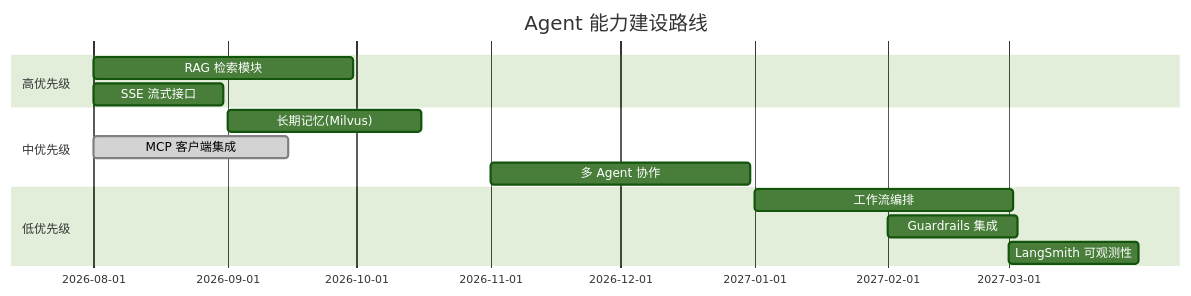
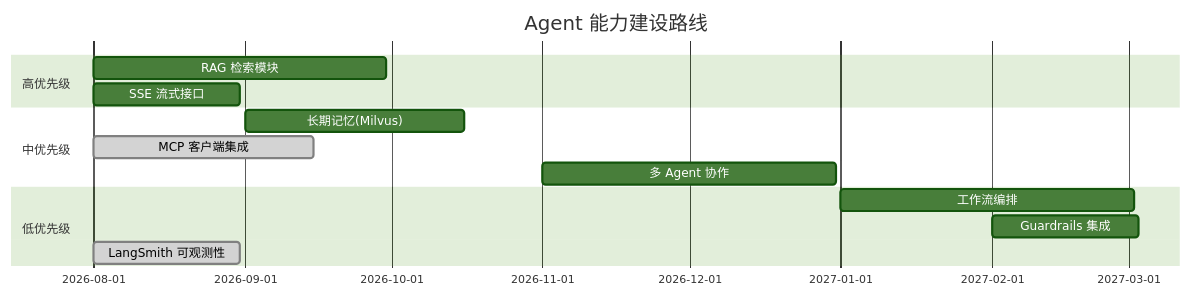
One commit to zxchengQQ/agent_demo changed the tenth of 10 diagrams in specs/业务架构文档.md. Above: the diagram before and after it, drawn with Mermaid (forest theme). The commit also changed other lines of this file and 182 other files, not shown here.

````diff
--- a/specs/业务架构文档.md
+++ b/specs/业务架构文档.md
@@ -541,16 +547,16 @@
 ```mermaid
 gantt
     title Agent 能力建设路线
     dateFormat YYYY-MM
     section 高优先级
     RAG 检索模块           :2026-08, 60d
     SSE 流式接口           :2026-08, 30d
     section 中优先级
     长期记忆(Milvus)       :2026-09, 45d
     MCP 客户端集成         :done, 2026-08, 45d
     多 Agent 协作          :2026-11, 60d
     section 低优先级
     工作流编排             :2027-01, 60d
     Guardrails 集成        :2027-02, 30d
-    LangSmith 可观测性     :2027-03, 30d
+    LangSmith 可观测性     :done, 2026-08, 30d
 ```
````
